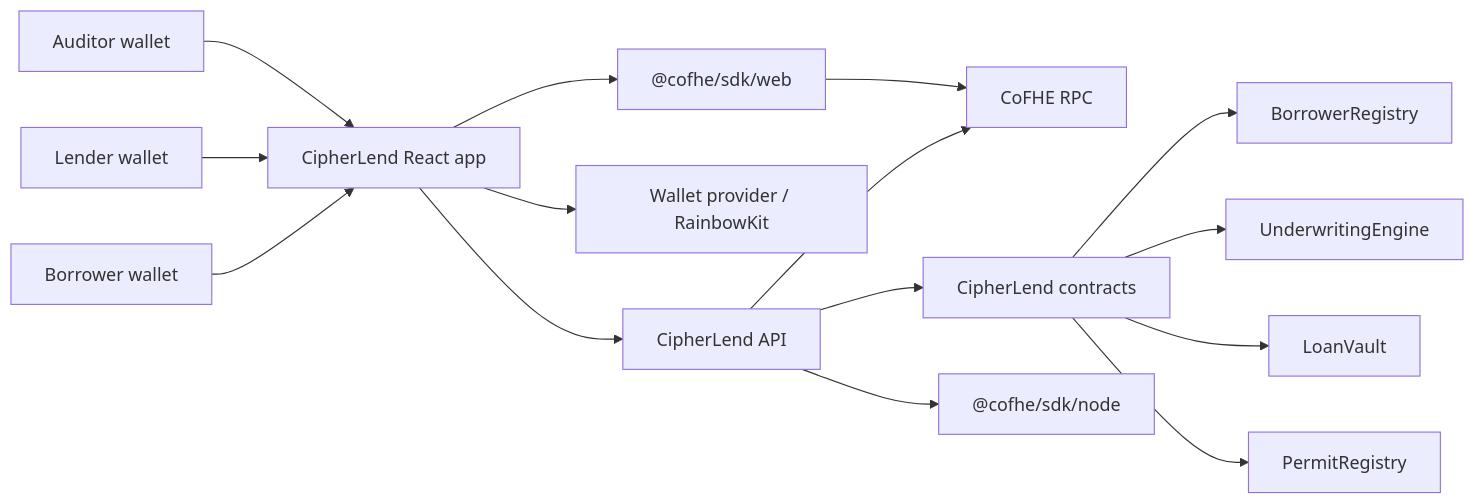
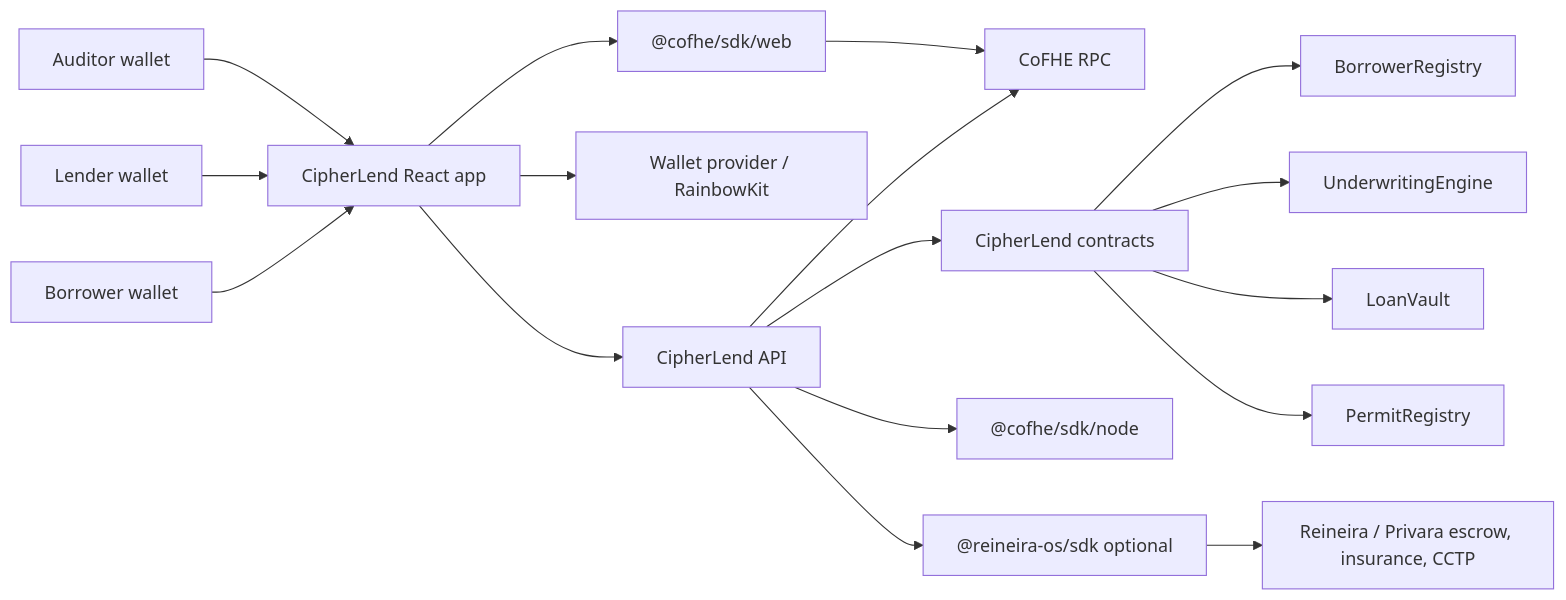
Before and after one commit to web3spida/cipherlend: the first of 4 diagrams in docs/ARCHITECTURE.md, drawn with Mermaid. The commit also changed other lines of this file and 30 other files, not shown here.

````diff
--- a/docs/ARCHITECTURE.md
+++ b/docs/ARCHITECTURE.md
@@ -5,20 +5,22 @@
 ```mermaid
 flowchart LR
   Borrower["Borrower wallet"] --> Web["CipherLend React app"]
   Lender["Lender wallet"] --> Web
   Auditor["Auditor wallet"] --> Web
 
   Web --> API["CipherLend API"]
   Web --> Wallet["Wallet provider / RainbowKit"]
   Web --> CofheWeb["@cofhe/sdk/web"]
 
   API --> RPC["CoFHE RPC"]
   API --> Contracts["CipherLend contracts"]
   API --> CofheNode["@cofhe/sdk/node"]
+  API --> Reineira["@reineira-os/sdk optional"]
 
   CofheWeb --> RPC
   Contracts --> Registry["BorrowerRegistry"]
   Contracts --> Underwriting["UnderwritingEngine"]
   Contracts --> Vault["LoanVault"]
   Contracts --> Permits["PermitRegistry"]
+  Reineira --> Privara["Reineira / Privara escrow, insurance, CCTP"]
 ```
````
